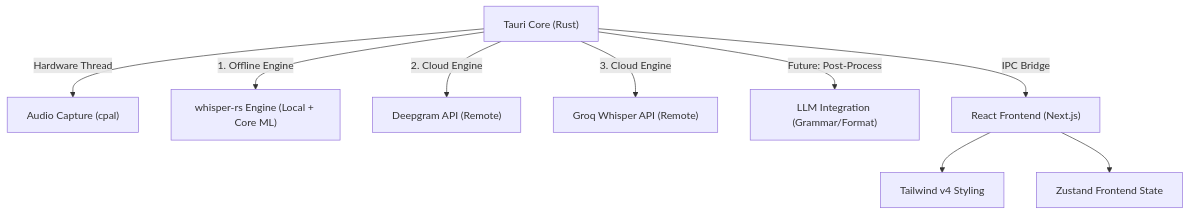
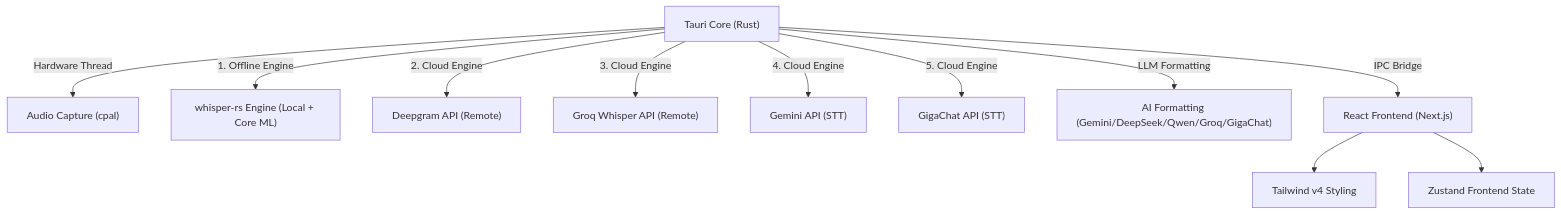
One commit to AVP-Dev/nyx-vox changed the diagram in docs/TECHNICAL.md. Above: the diagram before and after it, drawn with Mermaid. The commit also changed 4 other files, not shown here.

First line of the commit message:
docs: sync roadmap with app state, update README and technical specs

````diff
--- a/docs/TECHNICAL.md
+++ b/docs/TECHNICAL.md
@@ -24,11 +24,13 @@
 ```mermaid
 graph TD
     A["Tauri Core (Rust)"] -->|Hardware Thread| C["Audio Capture (cpal)"]
     A -->|1. Offline Engine| B["whisper-rs Engine (Local + Core ML)"]
     A -->|2. Cloud Engine| G["Deepgram API (Remote)"]
     A -->|3. Cloud Engine| H["Groq Whisper API (Remote)"]
-    A -->|Future: Post-Process| I["LLM Integration (Grammar/Format)"]
+    A -->|4. Cloud Engine| J["Gemini API (STT)"]
+    A -->|5. Cloud Engine| K["GigaChat API (STT)"]
+    A -->|LLM Formatting| I["AI Formatting (Gemini/DeepSeek/Qwen/Groq/GigaChat)"]
     A -->|IPC Bridge| D["React Frontend (Next.js)"]
     D --> E["Tailwind v4 Styling"]
     D --> F["Zustand Frontend State"]
 ```
````
